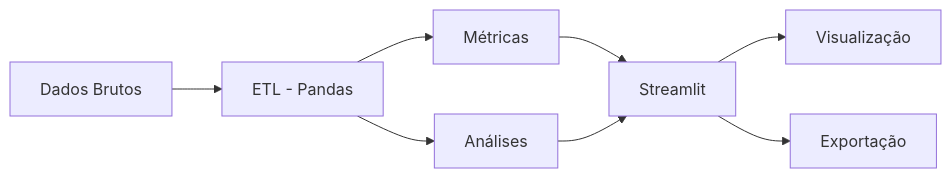
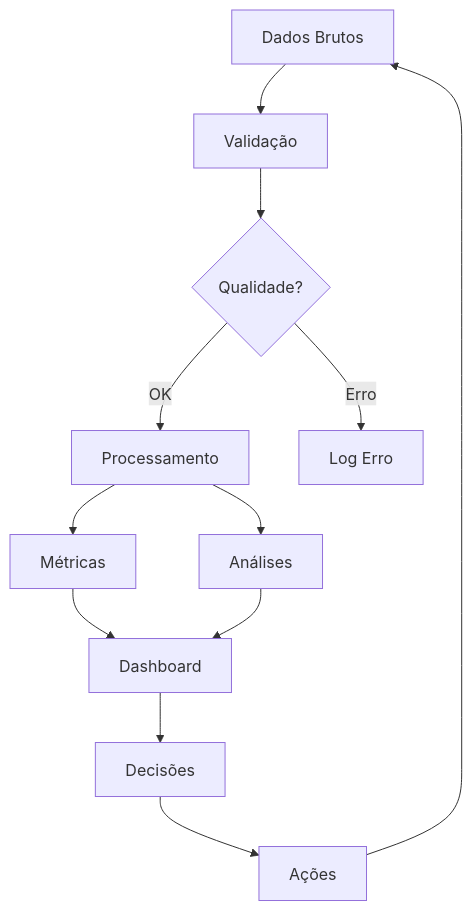
One commit to samuelmaiapro/analise-vendas-python changed the diagram in README.md. Above: the diagram before and after it, drawn with Mermaid. The commit also changed other lines of this file, not shown here.

````diff
--- a/README.md
+++ b/README.md
@@ -287,10 +405,14 @@
 ```mermaid
-graph LR
-    A[Dados Brutos] --> B[ETL - Pandas]
-    B --> C[Métricas]
-    B --> D[Análises]
-    C --> E[Streamlit]
-    D --> E
-    E --> F[Visualização]
-    E --> G[Exportação]
+graph TD
+    A[Dados Brutos] --> B[Validação]
+    B --> C{Qualidade?}
+    C -->|OK| D[Processamento]
+    C -->|Erro| E[Log Erro]
+    D --> F[Métricas]
+    D --> G[Análises]
+    F --> H[Dashboard]
+    G --> H
+    H --> I[Decisões]
+    I --> J[Ações]
+    J --> A
 ```
````
